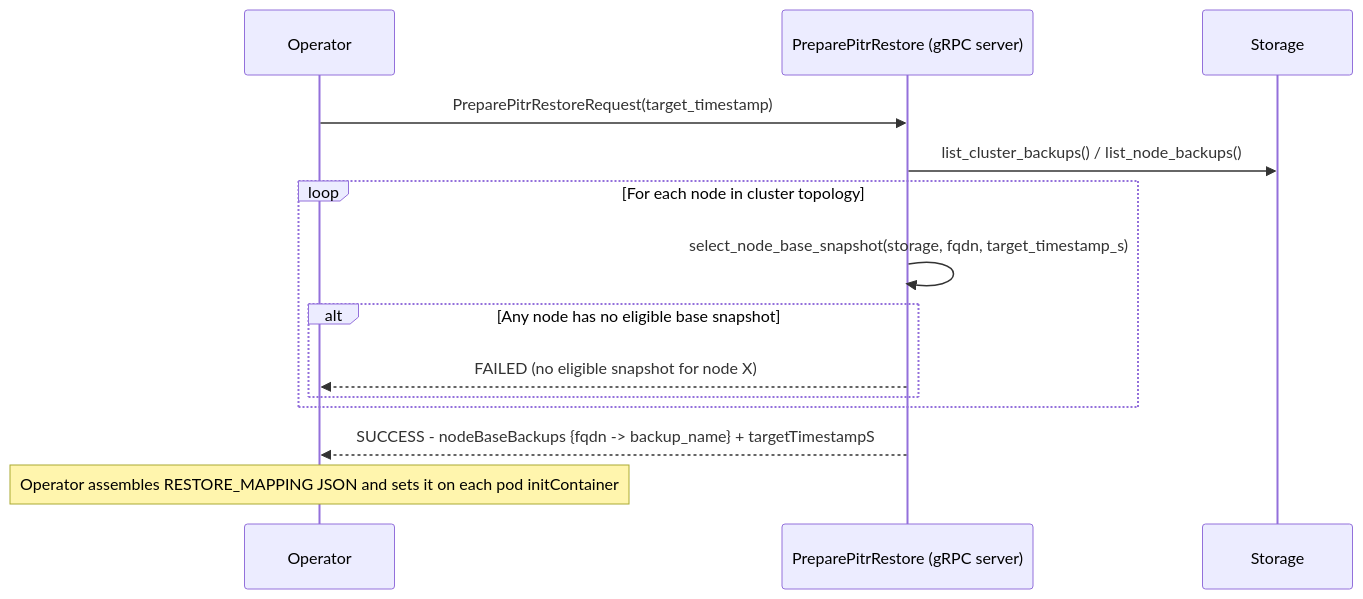
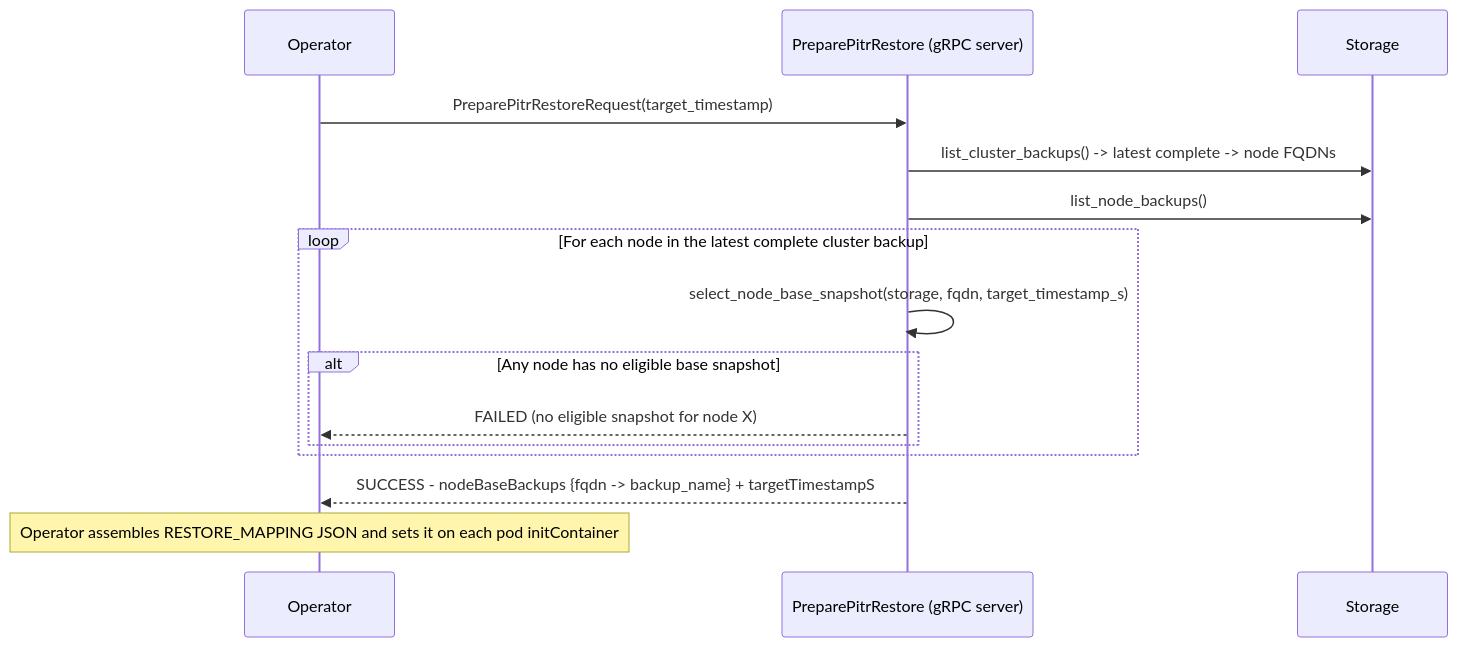
The second of 2 diagrams in docs/superpowers/specs/pitr-design-doc.md (thelastpickle/cassandra-medusa), drawn with Mermaid before and after one commit. The commit also changed other lines of this file, not shown here.

Commit message:
docs(pitr): fix last-restore ordering, lazy snapshot_time, node set, status semantics

````diff
--- a/docs/superpowers/specs/pitr-design-doc.md
+++ b/docs/superpowers/specs/pitr-design-doc.md
@@ -288,17 +290,18 @@
 ```mermaid
 sequenceDiagram
     participant Operator
     participant RPC as PreparePitrRestore (gRPC server)
     participant Storage
     
     Operator->>RPC: PreparePitrRestoreRequest(target_timestamp)
-    RPC->>Storage: list_cluster_backups() / list_node_backups()
-    loop For each node in cluster topology
+    RPC->>Storage: list_cluster_backups() -> latest complete -> node FQDNs
+    RPC->>Storage: list_node_backups()
+    loop For each node in the latest complete cluster backup
         RPC->>RPC: select_node_base_snapshot(storage, fqdn, target_timestamp_s)
         alt Any node has no eligible base snapshot
             RPC-->>Operator: FAILED (no eligible snapshot for node X)
         end
     end
     RPC-->>Operator: SUCCESS - nodeBaseBackups {fqdn -> backup_name} + targetTimestampS
     Note over Operator: Operator assembles RESTORE_MAPPING JSON and sets it on each pod initContainer
 ```
````
